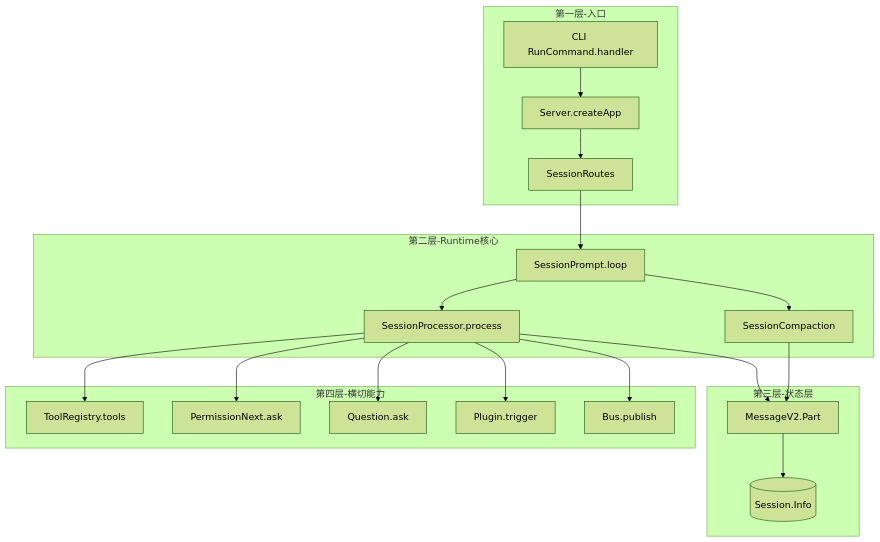
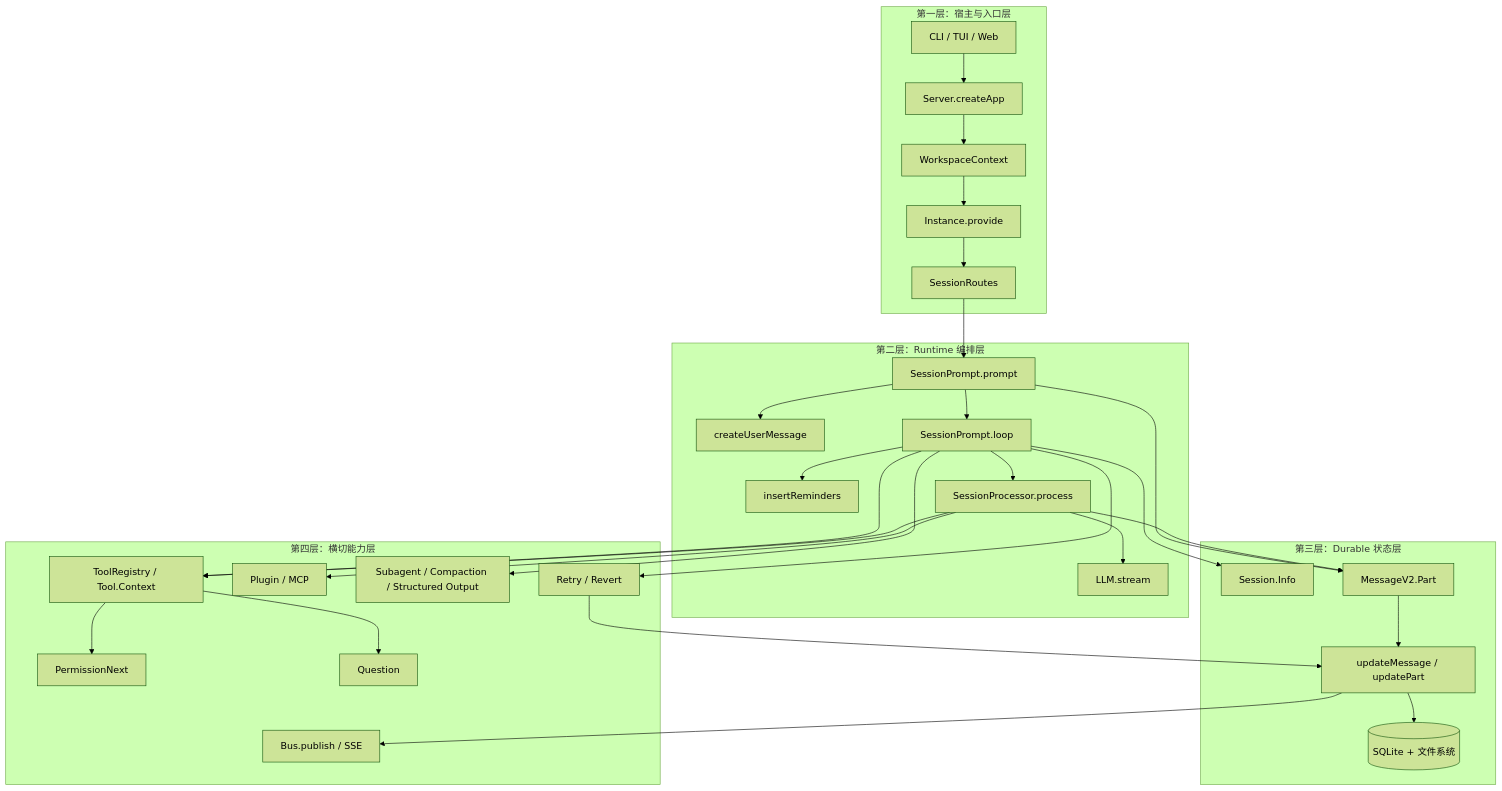
The diagram in opencode_kickoff/02-architecture-diagram.md (feuyeux/agent-study), drawn with Mermaid (forest theme) before and after one commit. The commit also changed other lines of this file and 22 other files, not shown here.

````diff
--- a/opencode_kickoff/02-architecture-diagram.md
+++ b/opencode_kickoff/02-architecture-diagram.md
@@ -7,27 +9,61 @@
 ```mermaid
 graph TB
-    subgraph 第一层-入口
-        CLI[CLI RunCommand.handler] --> ServerApp[Server.createApp]
-        ServerApp --> Routes[SessionRoutes]
+    subgraph L1["第一层：宿主与入口层"]
+        CLI[CLI / TUI / Web]
+        Server[Server.createApp]
+        Workspace[WorkspaceContext]
+        Instance[Instance.provide]
+        Routes[SessionRoutes]
     end
 
-    subgraph 第二层-Runtime核心
-        Routes --> Loop[SessionPrompt.loop]
-        Loop --> Process[SessionProcessor.process]
-        Loop --> Compact[SessionCompaction]
+    subgraph L2["第二层：Runtime 编排层"]
+        Prompt[SessionPrompt.prompt]
+        UserMsg[createUserMessage]
+        Loop[SessionPrompt.loop]
+        Reminder[insertReminders]
+        Process[SessionProcessor.process]
+        LLM[LLM.stream]
     end
 
-    subgraph 第三层-状态层
-        Process --> MsgV2[MessageV2.Part]
-        Compact --> MsgV2
-        MsgV2 --> Session[(Session.Info)]
+    subgraph L3["第三层：Durable 状态层"]
+        Session[Session.Info]
+        Part[MessageV2.Part]
+        Write[updateMessage / updatePart]
+        Store[(SQLite + 文件系统)]
     end
 
-    subgraph 第四层-横切能力
-        Process --> Tools[ToolRegistry.tools]
-        Process --> Perm[PermissionNext.ask]
-        Process --> Quest[Question.ask]
-        Process --> Plugin[Plugin.trigger]
-        Process --> Bus[Bus.publish]
+    subgraph L4["第四层：横切能力层"]
+        Tool[ToolRegistry / Tool.Context]
+        Perm[PermissionNext]
+        Q[Question]
+        Plugin[Plugin / MCP]
+        Adv[Subagent / Compaction / Structured Output]
+        Bus[Bus.publish / SSE]
+        Recover[Retry / Revert]
     end
+
+    CLI --> Server
+    Server --> Workspace
+    Workspace --> Instance
+    Instance --> Routes
+    Routes --> Prompt
+    Prompt --> UserMsg
+    Prompt --> Loop
+    Loop --> Reminder
+    Loop --> Process
+    Process --> LLM
+    Prompt --> Part
+    Process --> Part
+    Loop --> Session
+    Part --> Write
+    Write --> Store
+    Loop --> Tool
+    Process --> Tool
+    Tool --> Perm
+    Tool --> Q
+    Process --> Plugin
+    Loop --> Adv
+    Write --> Bus
+    Loop --> Recover
+    Recover --> Write
 ```
````
